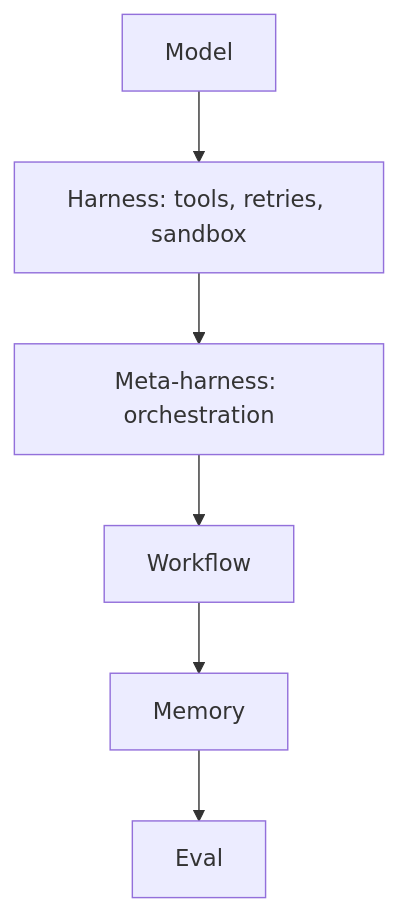
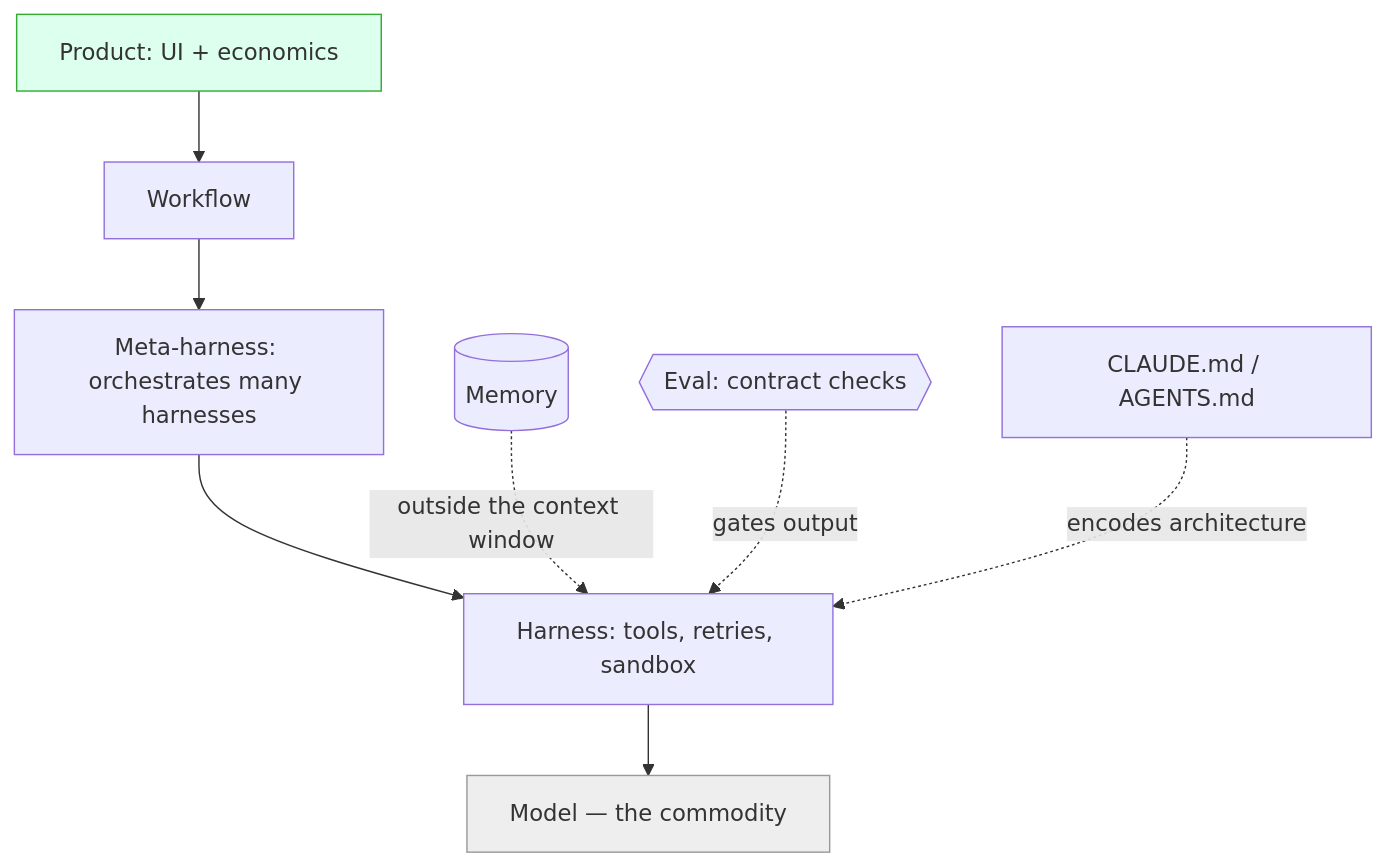
The second of 3 diagrams in book/03-software-development.md (ChristineTham/aidou), drawn with Mermaid before and after one commit. The commit also changed other lines of this file and 74 other files, not shown here.

````diff
--- a/book/03-software-development.md
+++ b/book/03-software-development.md
@@ -12,8 +58,14 @@
 ```mermaid
 flowchart TD
-    M[Model] --> H[Harness: tools, retries, sandbox]
-    H --> MH[Meta-harness: orchestration]
-    MH --> W[Workflow]
-    W --> Mem[Memory]
-    Mem --> E[Eval]
+    P["Product: UI + economics"] --> WF[Workflow]
+    WF --> MH["Meta-harness: orchestrates many harnesses"]
+    MH --> H["Harness: tools, retries, sandbox"]
+    H --> M["Model — the commodity"]
+    Mem[(Memory)] -.->|outside the context window| H
+    Ev{{Eval: contract checks}} -.->|gates output| H
+    Cfg[CLAUDE.md / AGENTS.md] -.->|encodes architecture| H
+    classDef commodity fill:#eee,stroke:#999
+    classDef value fill:#dfe,stroke:#3a3
+    class M commodity
+    class P value
 ```
````
